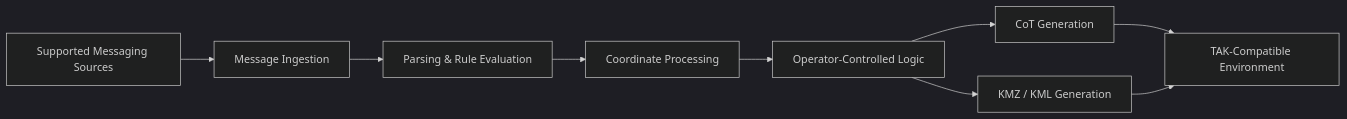
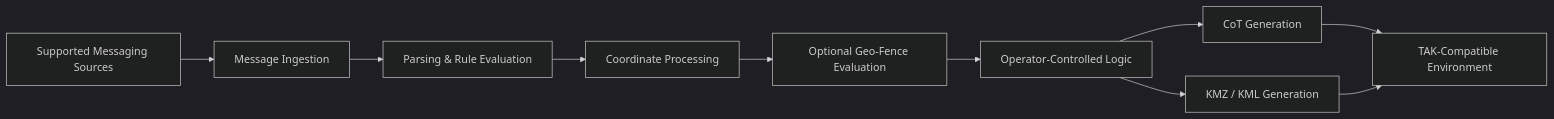
The diagram in README.md (WOwen14/SOACS-DaggerBridge), drawn with Mermaid (dark theme) before and after one commit. The commit also changed other lines of this file, not shown here.

Commit message:
docs: add GeoFencing development capabilities

````diff
--- a/README.md
+++ b/README.md
@@ -56,11 +62,12 @@
 ```mermaid
 flowchart LR
     A[Supported Messaging Sources] --> B[Message Ingestion]
     B --> C[Parsing & Rule Evaluation]
     C --> D[Coordinate Processing]
-    D --> E[Operator-Controlled Logic]
+    D --> GF[Optional Geo-Fence Evaluation]
+    GF --> E[Operator-Controlled Logic]
     E --> F[CoT Generation]
     E --> G[KMZ / KML Generation]
     F --> H[TAK-Compatible Environment]
     G --> H
 ```
````
